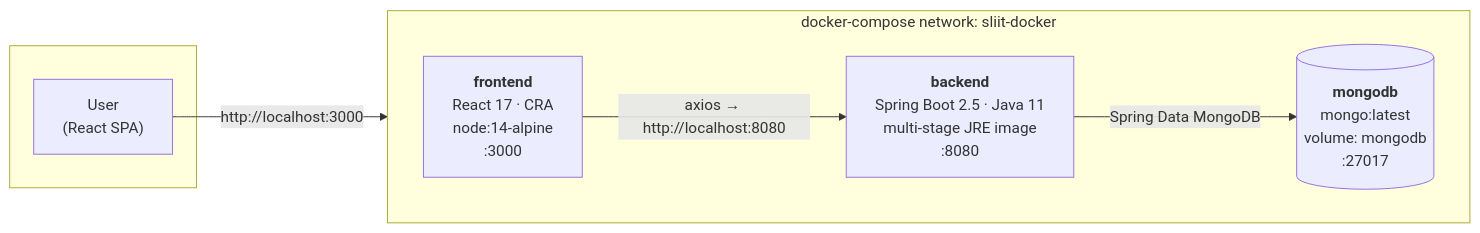
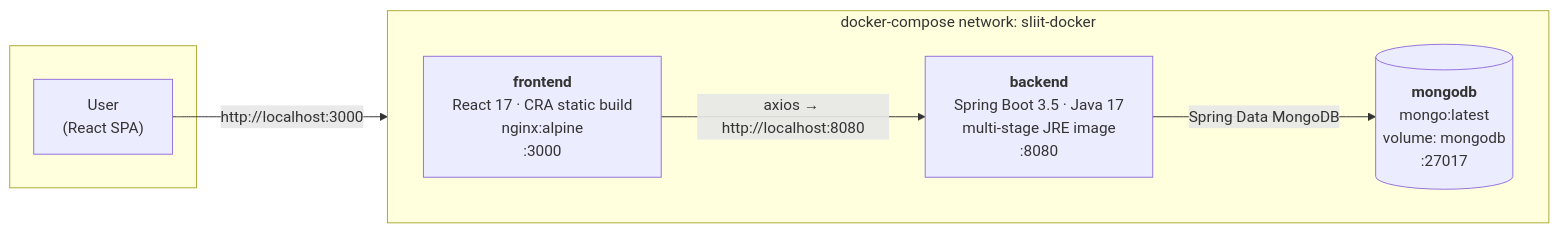
Before and after one commit to mhmdmstfa2010/opsera-mid_project: the first of 2 diagrams in README.md, drawn with Mermaid. The commit also changed other lines of this file and 8 other files, not shown here.

First line of the commit message:
fix(ci): upgrade to Spring Boot 3.5 and nginx static build so Gate 4 passes

````diff
--- a/README.md
+++ b/README.md
@@ -58,17 +58,17 @@
 ```mermaid
 flowchart LR
     subgraph Browser[" "]
         U["User<br/>(React SPA)"]
     end
 
     subgraph Docker["docker-compose network: sliit-docker"]
         direction LR
-        FE["<b>frontend</b><br/>React 17 · CRA<br/>node:14-alpine<br/>:3000"]
-        BE["<b>backend</b><br/>Spring Boot 2.5 · Java 11<br/>multi-stage JRE image<br/>:8080"]
+        FE["<b>frontend</b><br/>React 17 · CRA static build<br/>nginx:alpine<br/>:3000"]
+        BE["<b>backend</b><br/>Spring Boot 3.5 · Java 17<br/>multi-stage JRE image<br/>:8080"]
         DB[("<b>mongodb</b><br/>mongo:latest<br/>volume: mongodb<br/>:27017")]
     end
 
     U -->|"http://localhost:3000"| FE
     FE -->|"axios → http://localhost:8080"| BE
     BE -->|"Spring Data MongoDB"| DB
 ```
````
